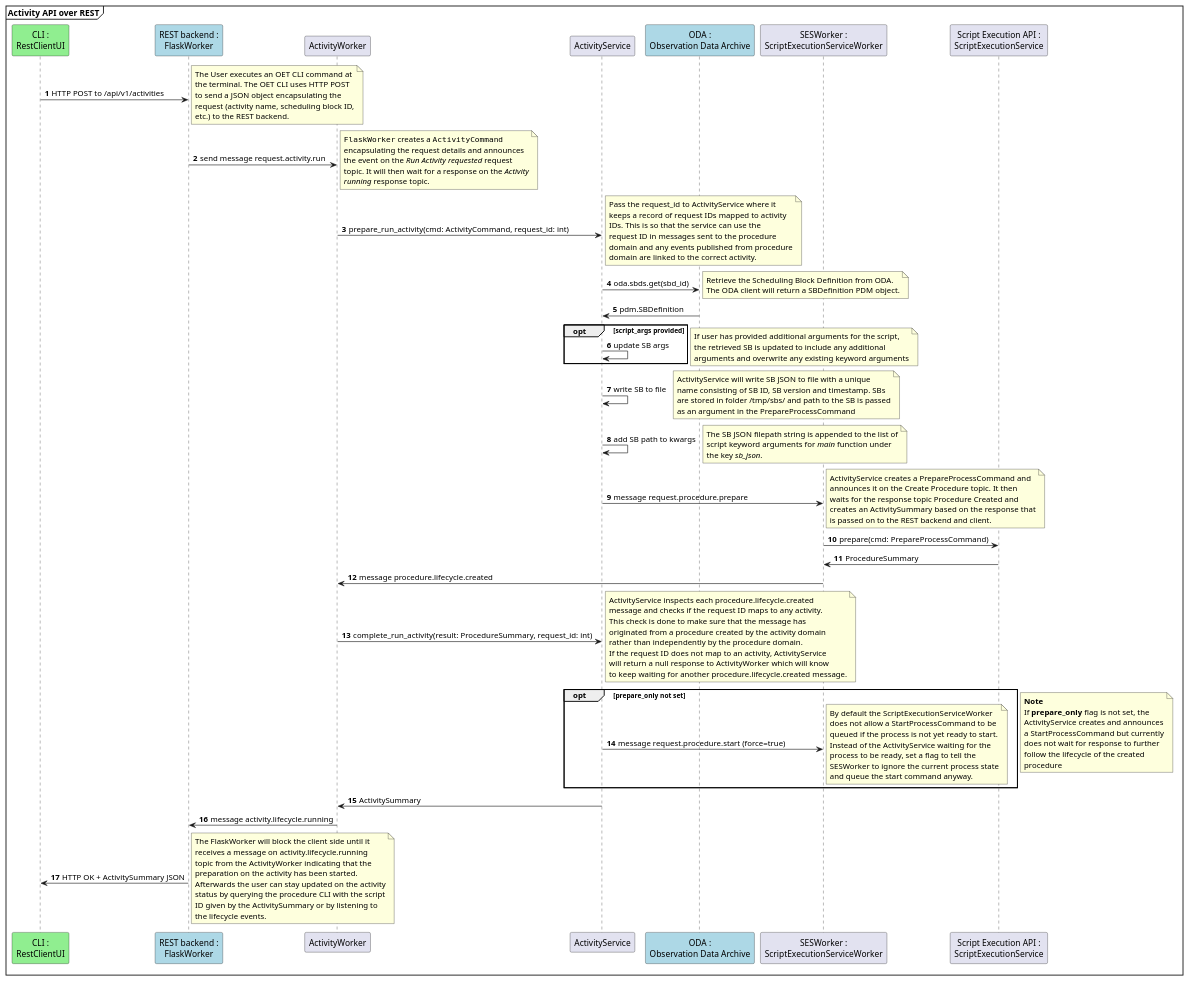
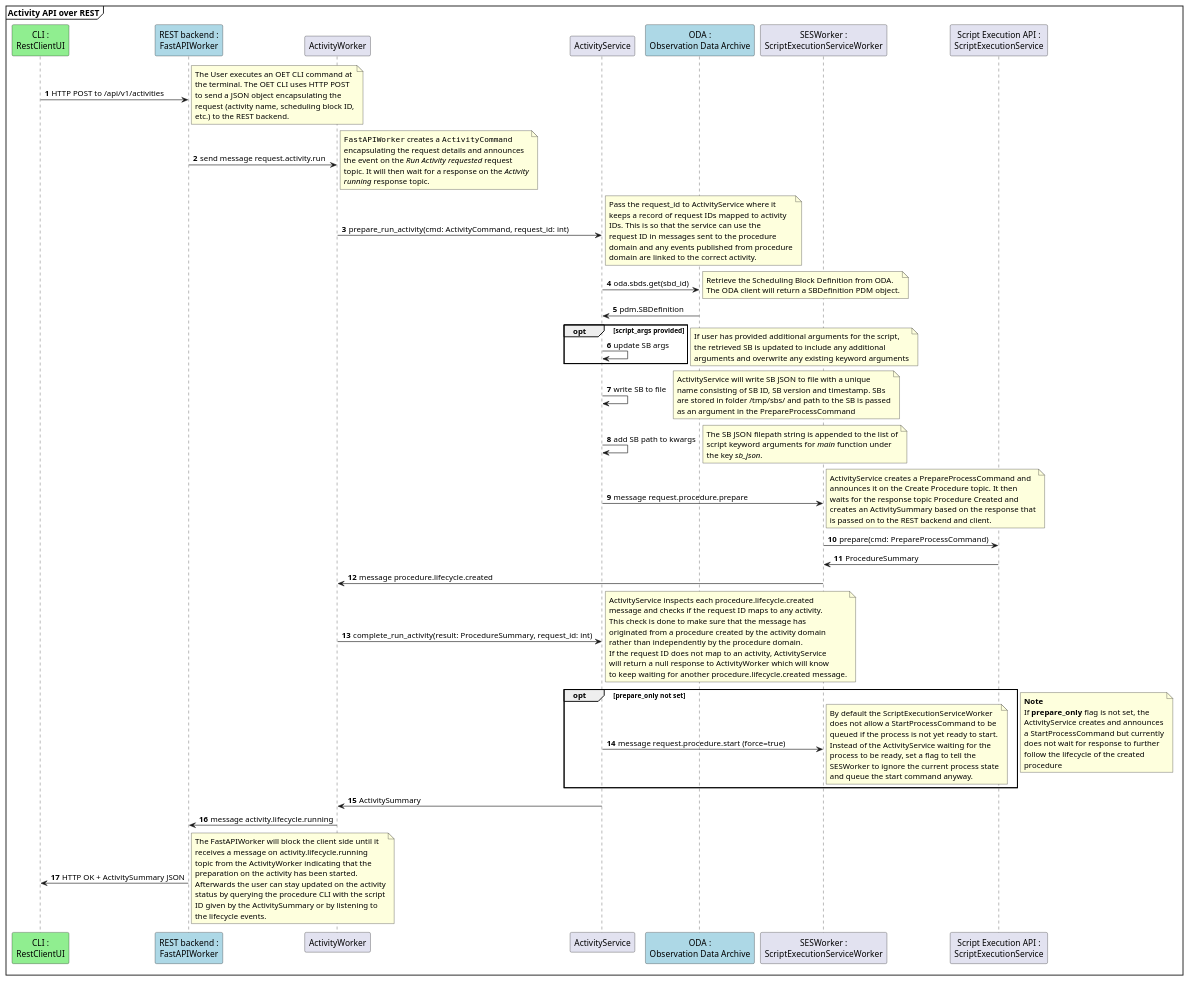
Before and after one commit to ska-telescope/observation-execution-tool: the diagram in docs/src/diagrams/backend_module_ui_sequence_activity_api_over_rest.puml, drawn with PlantUML. The commit also changed 24 other files, not shown here.

```diff
--- a/docs/src/diagrams/backend_module_ui_sequence_activity_api_over_rest.puml
+++ b/docs/src/diagrams/backend_module_ui_sequence_activity_api_over_rest.puml
@@ -1,146 +1,146 @@
 @startuml
 'https://plantuml.com/sequence-diagram
 
 
 mainframe **Activity API over REST**
 
 autonumber
 
 participant cli as "CLI :\nRestClientUI" #lightgreen
-participant FlaskWorker as "REST backend :\nFlaskWorker" #lightblue
+participant FastAPIWorker as "REST backend :\nFastAPIWorker" #lightblue
 participant ActivityWorker
 participant ActivityService
 participant ODA as "ODA :\nObservation Data Archive" #lightblue
 participant ScriptExecutionServiceWorker as "SESWorker :\nScriptExecutionServiceWorker"
 participant ScriptExecutionService as "Script Execution API :\nScriptExecutionService"
 
-cli -> FlaskWorker: HTTP POST to /api/v1/activities
+cli -> FastAPIWorker: HTTP POST to /api/v1/activities
 note right
 The User executes an OET CLI command at
 the terminal. The OET CLI uses HTTP POST
 to send a JSON object encapsulating the
 request (activity name, scheduling block ID,
 etc.) to the REST backend.
 end note
 
-FlaskWorker -> ActivityWorker: send message request.activity.run
+FastAPIWorker -> ActivityWorker: send message request.activity.run
 note right
-""FlaskWorker"" creates a ""ActivityCommand""
+""FastAPIWorker"" creates a ""ActivityCommand""
 encapsulating the request details and announces
 the event on the //Run Activity requested// request
 topic. It will then wait for a response on the //Activity//
 //running// response topic.
 end note
 
 ActivityWorker -> ActivityService: prepare_run_activity(cmd: ActivityCommand, request_id: int)
 note right
 Pass the request_id to ActivityService where it
 keeps a record of request IDs mapped to activity
 IDs. This is so that the service can use the
 request ID in messages sent to the procedure
 domain and any events published from procedure
 domain are linked to the correct activity.
 end note
 
 ActivityService -> ODA: oda.sbds.get(sbd_id)
 note right
 Retrieve the Scheduling Block Definition from ODA.
 The ODA client will return a SBDefinition PDM object.
 end note
 ODA -> ActivityService: pdm.SBDefinition
 
 opt script_args provided
 ActivityService -> ActivityService: update SB args
 end
 note right
 If user has provided additional arguments for the script,
 the retrieved SB is updated to include any additional
 arguments and overwrite any existing keyword arguments
 end note
 
 ActivityService -> ActivityService: write SB to file
 note right
 ActivityService will write SB JSON to file with a unique
 name consisting of SB ID, SB version and timestamp. SBs
 are stored in folder /tmp/sbs/ and path to the SB is passed
 as an argument in the PrepareProcessCommand
 end note
 
 ActivityService -> ActivityService: add SB path to kwargs
 note right
 The SB JSON filepath string is appended to the list of
 script keyword arguments for //main// function under
 the key //sb_json//.
 end note
 
 
 ActivityService -> ScriptExecutionServiceWorker: message request.procedure.prepare
 
 note right
 ActivityService creates a PrepareProcessCommand and
 announces it on the Create Procedure topic. It then
 waits for the response topic Procedure Created and
 creates an ActivitySummary based on  the response that
 is passed on to the REST backend and client.
 end note
 
 ScriptExecutionServiceWorker -> ScriptExecutionService: prepare(cmd: PrepareProcessCommand)
 
 ScriptExecutionService -> ScriptExecutionServiceWorker: ProcedureSummary
 
 ScriptExecutionServiceWorker -> ActivityWorker: message procedure.lifecycle.created
 
 ActivityWorker -> ActivityService: complete_run_activity(result: ProcedureSummary, request_id: int)
 
 note right
 ActivityService inspects each procedure.lifecycle.created
 message and checks if the request ID maps to any activity.
 This check is done to make sure that the message has
 originated from a procedure created by the activity domain
 rather than independently by the procedure domain.
 If the request ID does not map to an activity, ActivityService
 will return a null response to ActivityWorker which will know
 to keep waiting for another procedure.lifecycle.created message.
 end note
 
 opt prepare_only not set
 ActivityService -> ScriptExecutionServiceWorker: message request.procedure.start (force=true)
 note right
 By default the ScriptExecutionServiceWorker
 does not allow a StartProcessCommand to be
 queued if the process is not yet ready to start.
 Instead of the ActivityService waiting for the
 process to be ready, set a flag to tell the
 SESWorker to ignore the current process state
 and queue the start command anyway.
 end note
 
 
 end
 note right
 **Note**
 If **prepare_only** flag is not set, the
 ActivityService creates and announces
 a StartProcessCommand but currently
 does not wait for response to further
 follow the lifecycle of the created
 procedure
 end note
 
 ActivityService -> ActivityWorker: ActivitySummary
 
-ActivityWorker -> FlaskWorker: message activity.lifecycle.running
+ActivityWorker -> FastAPIWorker: message activity.lifecycle.running
 
-cli <- FlaskWorker: HTTP OK + ActivitySummary JSON
+cli <- FastAPIWorker: HTTP OK + ActivitySummary JSON
 note right
-The FlaskWorker will block the client side until it
+The FastAPIWorker will block the client side until it
 receives a message on activity.lifecycle.running
 topic from the ActivityWorker indicating that the
 preparation on the activity has been started.
 Afterwards the user can stay updated on the activity
 status by querying the procedure CLI with the script
 ID given by the ActivitySummary or by listening to
 the lifecycle events.
 end note
 
 @enduml
```
